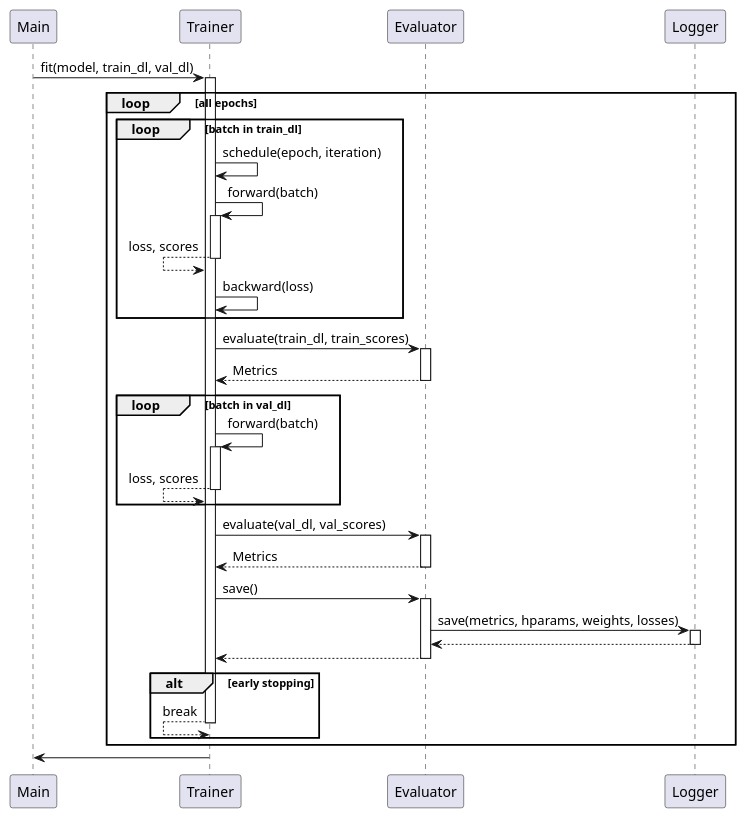
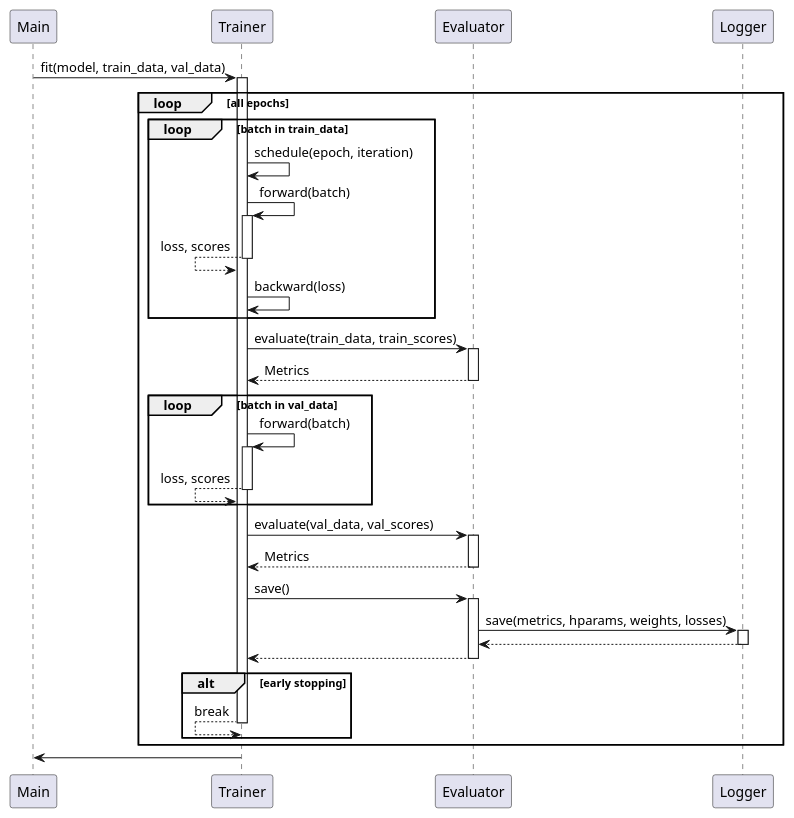
Before and after one commit to simnado/Master-Thesis: the diagram in fig/training.puml, drawn with PlantUML. The commit also changed 5 other files, not shown here.

```diff
--- a/fig/training.puml
+++ b/fig/training.puml
@@ -1,59 +1,59 @@
 @startuml
 participant Main
 
-Main -> Trainer: fit(model, train_dl, val_dl)
+Main -> Trainer: fit(model, train_data, val_data)
 activate Trainer
 
 loop all epochs
 
-    loop batch in train_dl
+    loop batch in train_data
         Trainer -> Trainer : schedule(epoch, iteration)
 
         Trainer -> Trainer: forward(batch)
         activate Trainer
         Trainer <-- Trainer: loss, scores
         deactivate Trainer
 
         Trainer -> Trainer: backward(loss)
 
     end
-    Trainer -> "Evaluator": evaluate(train_dl, train_scores)
+    Trainer -> "Evaluator": evaluate(train_data, train_scores)
     activate "Evaluator"
     Trainer <-- "Evaluator": Metrics
     deactivate "Evaluator"
 
-    loop batch in val_dl
+    loop batch in val_data
         Trainer -> Trainer: forward(batch)
         activate Trainer
         Trainer <-- Trainer: loss, scores
         deactivate Trainer
     end
-    Trainer -> "Evaluator": evaluate(val_dl, val_scores)
+    Trainer -> "Evaluator": evaluate(val_data, val_scores)
     activate "Evaluator"
     Trainer <-- "Evaluator": Metrics
     deactivate "Evaluator"
 
     Trainer -> Evaluator : save()
     activate Evaluator
     Evaluator -> Logger: save(metrics, hparams, weights, losses)
     activate Logger
     Evaluator <-- Logger
     deactivate Logger
     Trainer <-- Evaluator
     deactivate Evaluator
 
     alt early stopping
         Trainer <-- Trainer: break
         deactivate Trainer
     end
 
     deactivate Trainer
 
 end
 
 
 
 Trainer -> Main:
 deactivate Trainer
 
 @enduml
```
